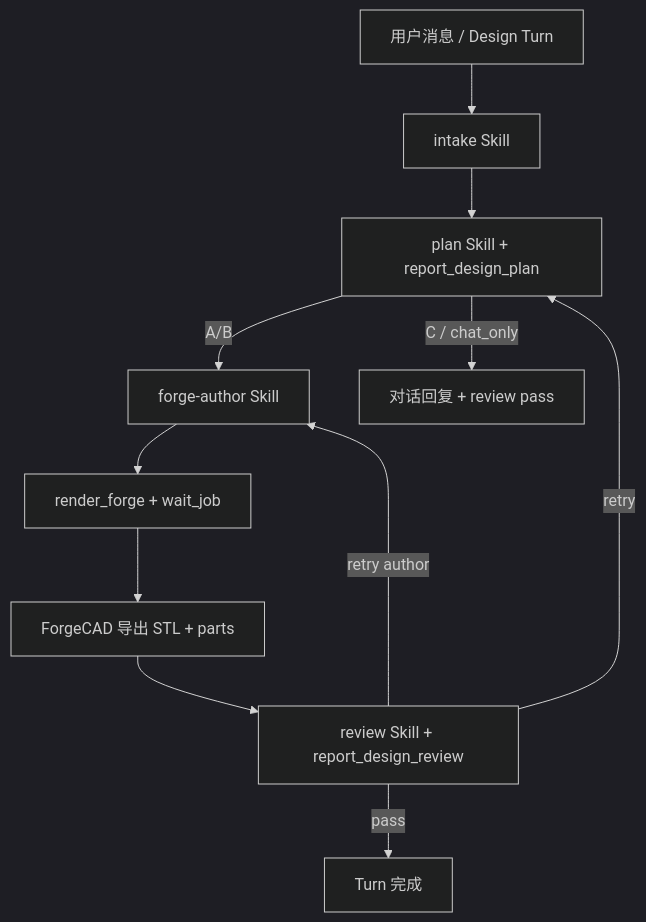
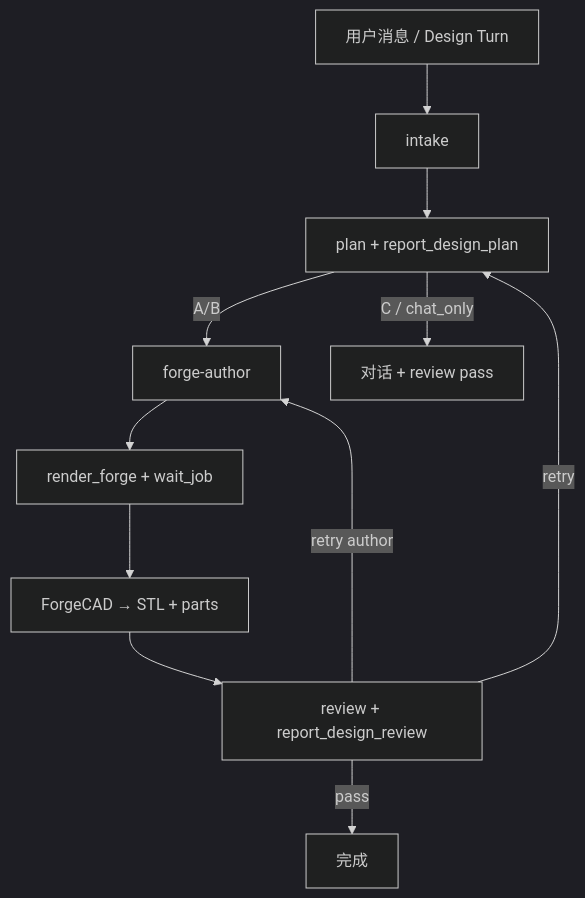
Before and after one commit to manwjh/Notion3D: the diagram in docs/design-pipeline.md, drawn with Mermaid (dark theme). The commit also changed other lines of this file and 19 other files, not shown here.

First line of the commit message:
Consolidate docs and align Agent path on ForgeCAD only.

````diff
--- a/docs/design-pipeline.md
+++ b/docs/design-pipeline.md
@@ -7,13 +7,13 @@
 ```mermaid
 flowchart TD
-  U[用户消息 / Design Turn] --> I[intake Skill]
-  I --> P[plan Skill + report_design_plan]
-  P -->|A/B| A[forge-author Skill]
-  P -->|C / chat_only| Chat[对话回复 + review pass]
+  U[用户消息 / Design Turn] --> I[intake]
+  I --> P[plan + report_design_plan]
+  P -->|A/B| A[forge-author]
+  P -->|C / chat_only| Chat[对话 + review pass]
   A --> R[render_forge + wait_job]
-  R --> E[ForgeCAD 导出 STL + parts]
-  E --> V[review Skill + report_design_review]
-  V -->|pass| Done[Turn 完成]
+  R --> E[ForgeCAD → STL + parts]
+  E --> V[review + report_design_review]
+  V -->|pass| Done[完成]
   V -->|retry| P
   V -->|retry author| A
 ```
````
